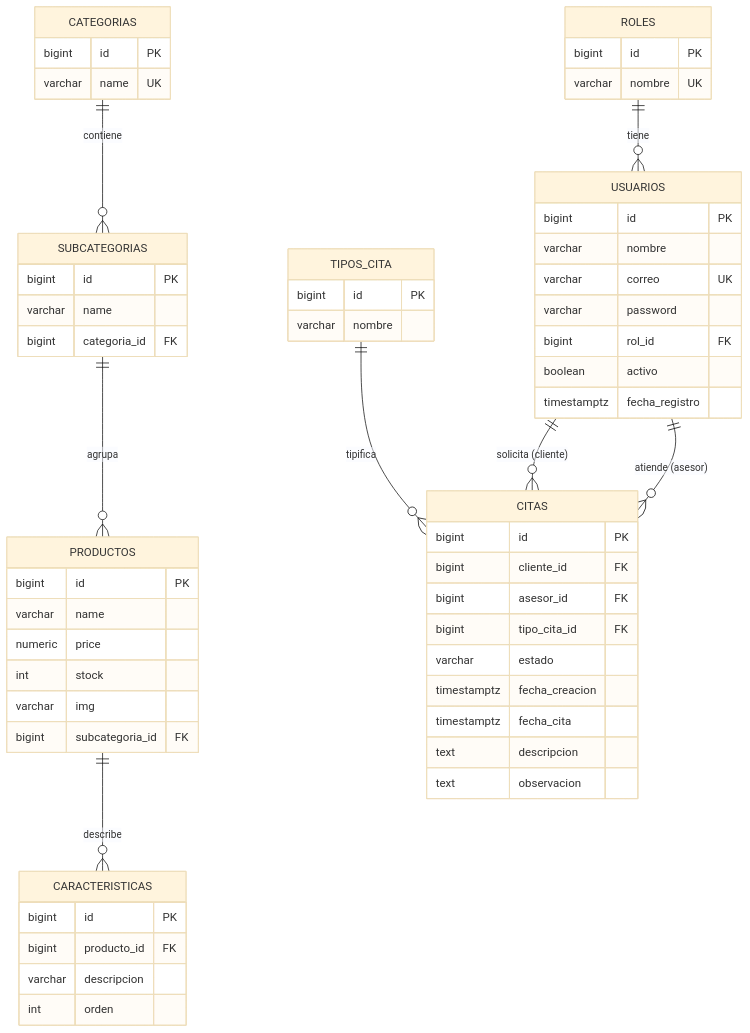
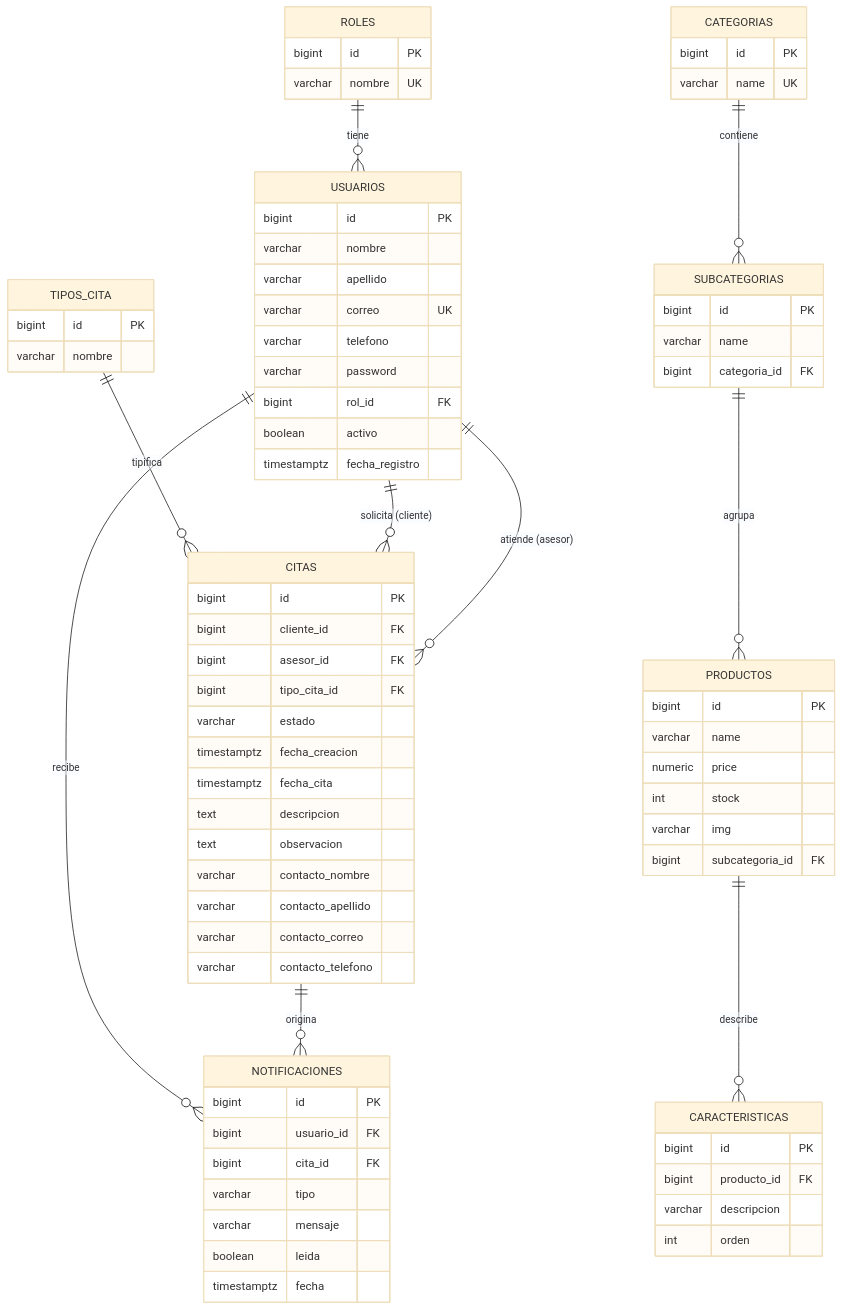
Before and after one commit to DevJuanP/SERVITEC-Monorepo: the diagram in docs/specs/02-data-model.md, drawn with Mermaid (base theme). The commit also changed other lines of this file and 25 other files, not shown here.

````diff
--- a/docs/specs/02-data-model.md
+++ b/docs/specs/02-data-model.md
@@ -13,62 +14,79 @@
 ```mermaid
 erDiagram
     ROLES ||--o{ USUARIOS : "tiene"
     CATEGORIAS ||--o{ SUBCATEGORIAS : "contiene"
     SUBCATEGORIAS ||--o{ PRODUCTOS : "agrupa"
     PRODUCTOS ||--o{ CARACTERISTICAS : "describe"
     TIPOS_CITA ||--o{ CITAS : "tipifica"
     USUARIOS ||--o{ CITAS : "solicita (cliente)"
     USUARIOS ||--o{ CITAS : "atiende (asesor)"
+    USUARIOS ||--o{ NOTIFICACIONES : "recibe"
+    CITAS ||--o{ NOTIFICACIONES : "origina"
 
     ROLES {
         bigint id PK
         varchar nombre UK
     }
     USUARIOS {
         bigint id PK
         varchar nombre
+        varchar apellido
         varchar correo UK
+        varchar telefono
         varchar password
         bigint rol_id FK
         boolean activo
         timestamptz fecha_registro
     }
     CATEGORIAS {
         bigint id PK
         varchar name UK
     }
     SUBCATEGORIAS {
         bigint id PK
         varchar name
         bigint categoria_id FK
     }
     PRODUCTOS {
         bigint id PK
         varchar name
         numeric price
         int stock
         varchar img
         bigint subcategoria_id FK
     }
     CARACTERISTICAS {
         bigint id PK
         bigint producto_id FK
         varchar descripcion
         int orden
     }
     TIPOS_CITA {
         bigint id PK
         varchar nombre
     }
     CITAS {
         bigint id PK
         bigint cliente_id FK
         bigint asesor_id FK
         bigint tipo_cita_id FK
         varchar estado
         timestamptz fecha_creacion
         timestamptz fecha_cita
         text descripcion
         text observacion
+        varchar contacto_nombre
+        varchar contacto_apellido
+        varchar contacto_correo
+        varchar contacto_telefono
+    }
+    NOTIFICACIONES {
+        bigint id PK
+        bigint usuario_id FK
+        bigint cita_id FK
+        varchar tipo
+        varchar mensaje
+        boolean leida
+        timestamptz fecha
     }
 ```
````
